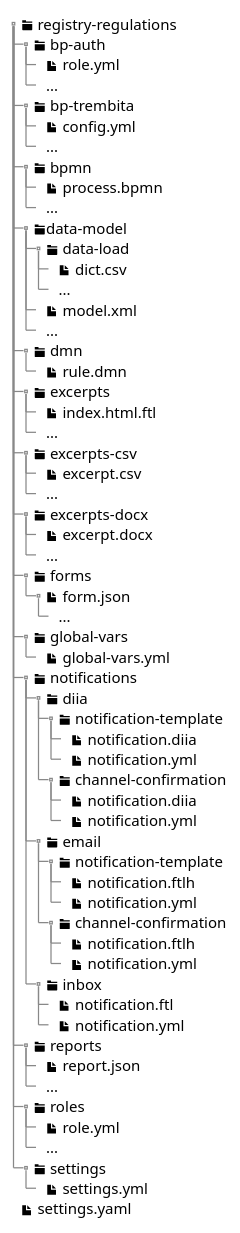
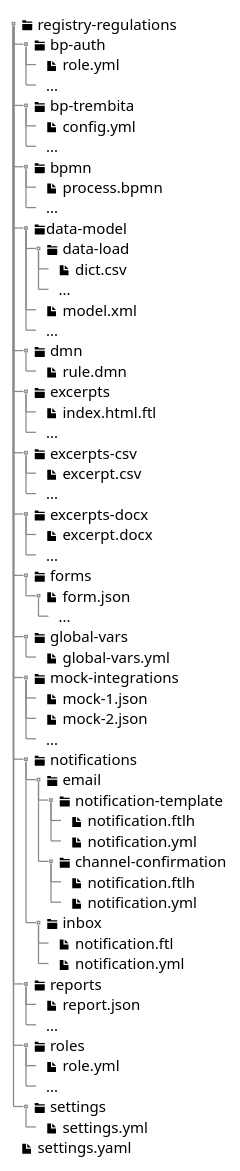
One commit to epam/edp-ddm-architecture changed the diagram in docs/en/modules/registry-develop/pages/registry-admin/regulations-deploy/registry-regulations-structure.adoc. Above: the diagram before and after it, drawn with PlantUML. The commit also changed other lines of this file and 2 other files, not shown here.

```diff
--- a/docs/en/modules/registry-develop/pages/registry-admin/regulations-deploy/registry-regulations-structure.adoc
+++ b/docs/en/modules/registry-develop/pages/registry-admin/regulations-deploy/registry-regulations-structure.adoc
@@ -36,83 +17,81 @@
 [plantuml]
 ----
 @startsalt
 {
 {T
 + <&folder> registry-regulations
 
 ++ <&folder> bp-auth
 +++ <&file> role.yml
 +++ ...
 
 ++ <&folder> bp-trembita
 +++ <&file> config.yml
 +++ ...
 
 ++ <&folder> bpmn
 +++ <&file> process.bpmn
 +++ ...
 
 ++ <&folder>data-model
 +++ <&folder> data-load
 ++++ <&file> dict.csv
 ++++ ...
 +++ <&file> model.xml
 +++ ...
 
 ++ <&folder> dmn
 +++ <&file> rule.dmn
 
 ++ <&folder> excerpts
 +++ <&file> index.html.ftl
 +++ ...
 
 ++ <&folder> excerpts-csv
 +++ <&file> excerpt.csv
 +++ ...
 ++ <&folder> excerpts-docx
 +++ <&file> excerpt.docx
 +++ ...
 
 ++ <&folder> forms
 +++ <&file> form.json
 ++++ ...
 
 ++ <&folder> global-vars
 +++ <&file> global-vars.yml
 
+++ <&folder> mock-integrations
++++ <&file> mock-1.json
++++ <&file> mock-2.json
++++ ...
+
 ++ <&folder> notifications
-+++ <&folder> diia
-++++ <&folder> notification-template
-+++++ <&file> notification.diia
-+++++ <&file> notification.yml
-++++ <&folder> channel-confirmation
-+++++ <&file> notification.diia
-+++++ <&file> notification.yml
 +++ <&folder> email
 ++++ <&folder> notification-template
 +++++ <&file> notification.ftlh
 +++++ <&file> notification.yml
 ++++ <&folder> channel-confirmation
 +++++ <&file> notification.ftlh
 +++++ <&file> notification.yml
 +++ <&folder> inbox
 ++++ <&file> notification.ftl
 ++++ <&file> notification.yml
 
 ++ <&folder> reports
 +++ <&file> report.json
 +++ ...
 
 ++ <&folder> roles
 +++ <&file> role.yml
 +++ ...
 
 ++ <&folder> settings
 +++ <&file> settings.yml
 
 + <&file> settings.yaml
 
 }
 }
 @endsalt
 ----
```
